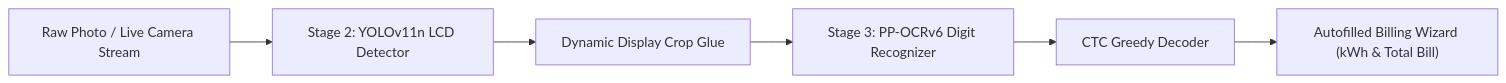
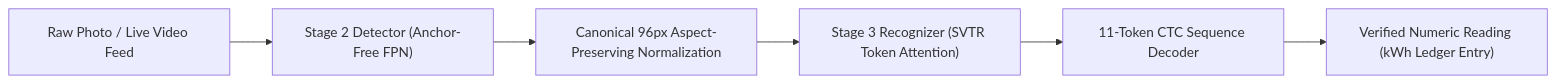
One commit to majorpurp1e/utilvision changed the diagram in README.md. Above: the diagram before and after it, drawn with Mermaid. The commit also changed other lines of this file, not shown here.

````diff
--- a/README.md
+++ b/README.md
@@ -12,8 +23,8 @@
 ```mermaid
 flowchart LR
-    A["Raw Photo / Live Camera Stream"] --> B["Stage 2: YOLOv11n LCD Detector"]
-    B --> C["Dynamic Display Crop Glue"]
-    C --> D["Stage 3: PP-OCRv6 Digit Recognizer"]
-    D --> E["CTC Greedy Decoder"]
-    E --> F["Autofilled Billing Wizard (kWh & Total Bill)"]
+    A["Raw Photo / Live Video Feed"] --> B["Stage 2 Detector (Anchor-Free FPN)"]
+    B --> C["Canonical 96px Aspect-Preserving Normalization"]
+    C --> D["Stage 3 Recognizer (SVTR Token Attention)"]
+    D --> E["11-Token CTC Sequence Decoder"]
+    E --> F["Verified Numeric Reading (kWh Ledger Entry)"]
 ```
````
